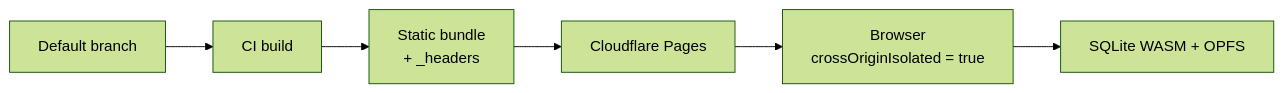
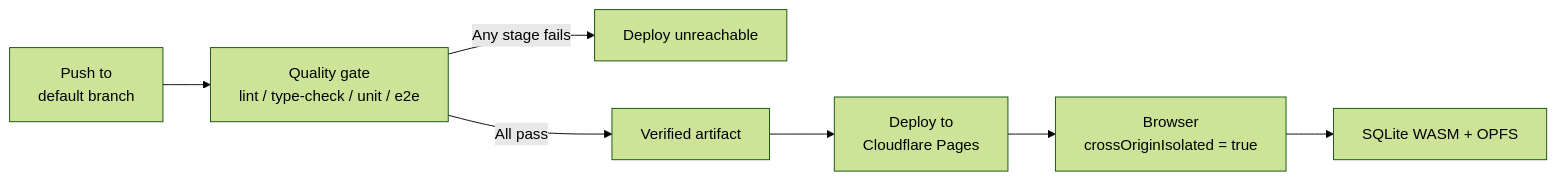
The fourth of 4 diagrams in openspec/changes/infrastructure-baseline/specs/infrastructure-baseline/spec.md (gjchentw/mmex-pwa), drawn with Mermaid (forest theme) before and after one commit. The commit also changed other lines of this file and 18 other files, not shown here.

First line of the commit message:
ci: add quality gate, Cloudflare CD, and infrastructure baseline

````diff
--- a/openspec/changes/infrastructure-baseline/specs/infrastructure-baseline/spec.md
+++ b/openspec/changes/infrastructure-baseline/specs/infrastructure-baseline/spec.md
@@ -365,8 +369,9 @@
 ```mermaid
 flowchart LR
-    A[Default branch] --> B[CI build]
-    B --> C[Static bundle<br/>+ _headers]
-    C --> D[Cloudflare Pages]
-    D --> E[Browser<br/>crossOriginIsolated = true]
-    E --> F[SQLite WASM + OPFS]
+    A[Push to<br/>default branch] --> B[Quality gate<br/>lint / type-check / unit / e2e]
+    B -->|Any stage fails| C[Deploy unreachable]
+    B -->|All pass| D[Verified artifact]
+    D --> E[Deploy to<br/>Cloudflare Pages]
+    E --> F[Browser<br/>crossOriginIsolated = true]
+    F --> G[SQLite WASM + OPFS]
 ```
````
